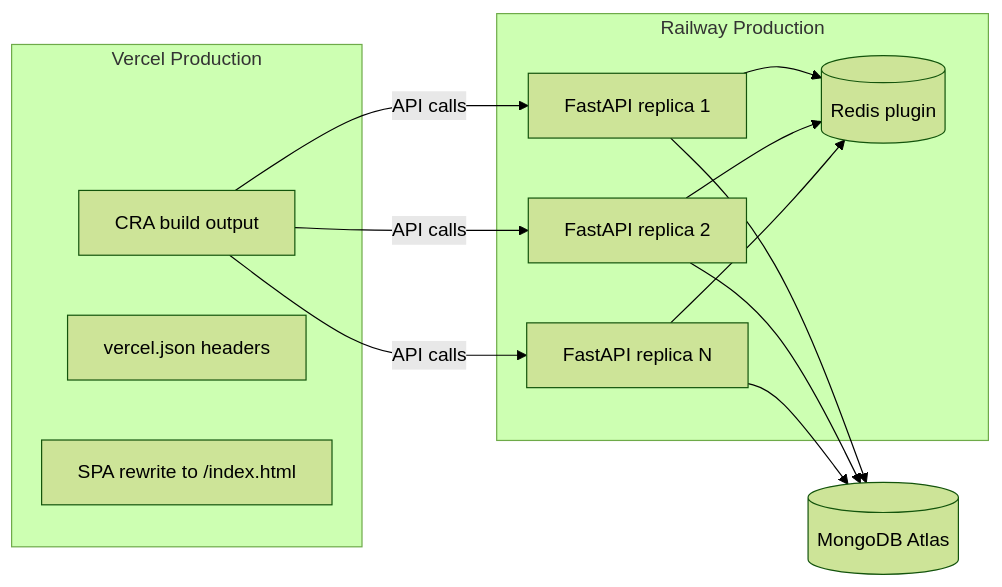
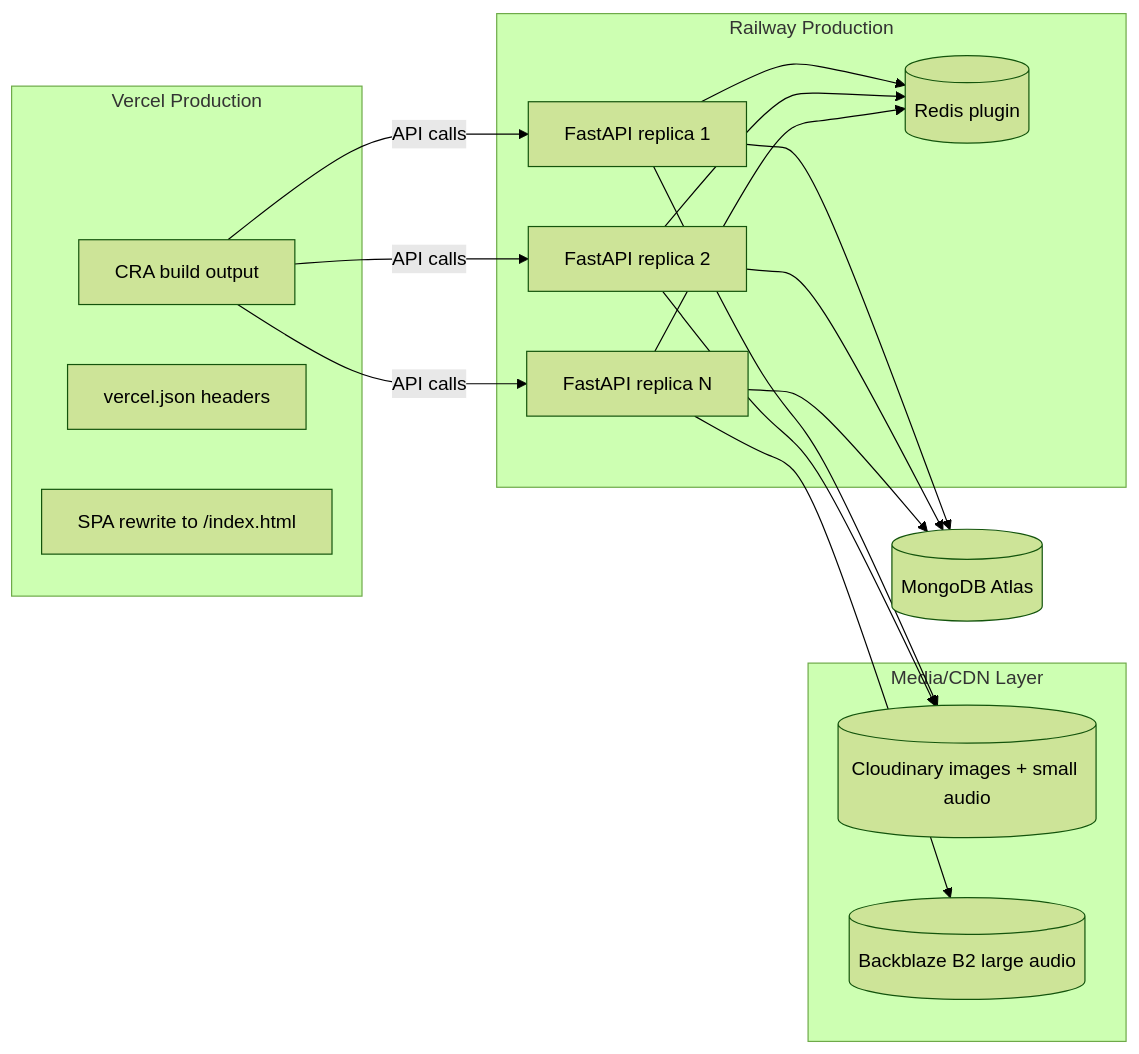
Before and after one commit to ronik18/earnalism-digital-library: the third of 22 diagrams in README.md, drawn with Mermaid (forest theme). The commit also changed other lines of this file and 39 other files, not shown here.

````diff
--- a/README.md
+++ b/README.md
@@ -139,25 +163,33 @@
 ```mermaid
 flowchart LR
   subgraph Vercel[Vercel Production]
     Static[CRA build output]
     Headers[vercel.json headers]
     Rewrite[SPA rewrite to /index.html]
   end
 
   subgraph Railway[Railway Production]
     R1[FastAPI replica 1]
     R2[FastAPI replica 2]
     RN[FastAPI replica N]
     Redis[(Redis plugin)]
   end
 
+  subgraph Media[Media/CDN Layer]
+    Cloudinary[(Cloudinary images + small audio)]
+    B2[(Backblaze B2 large audio)]
+  end
+
   Static -->|API calls| R1
   Static -->|API calls| R2
   Static -->|API calls| RN
   R1 --> Redis
   R2 --> Redis
   RN --> Redis
   R1 --> Mongo[(MongoDB Atlas)]
   R2 --> Mongo
   RN --> Mongo
+  R1 --> Cloudinary
+  R2 --> Cloudinary
+  RN --> B2
 ```
````
